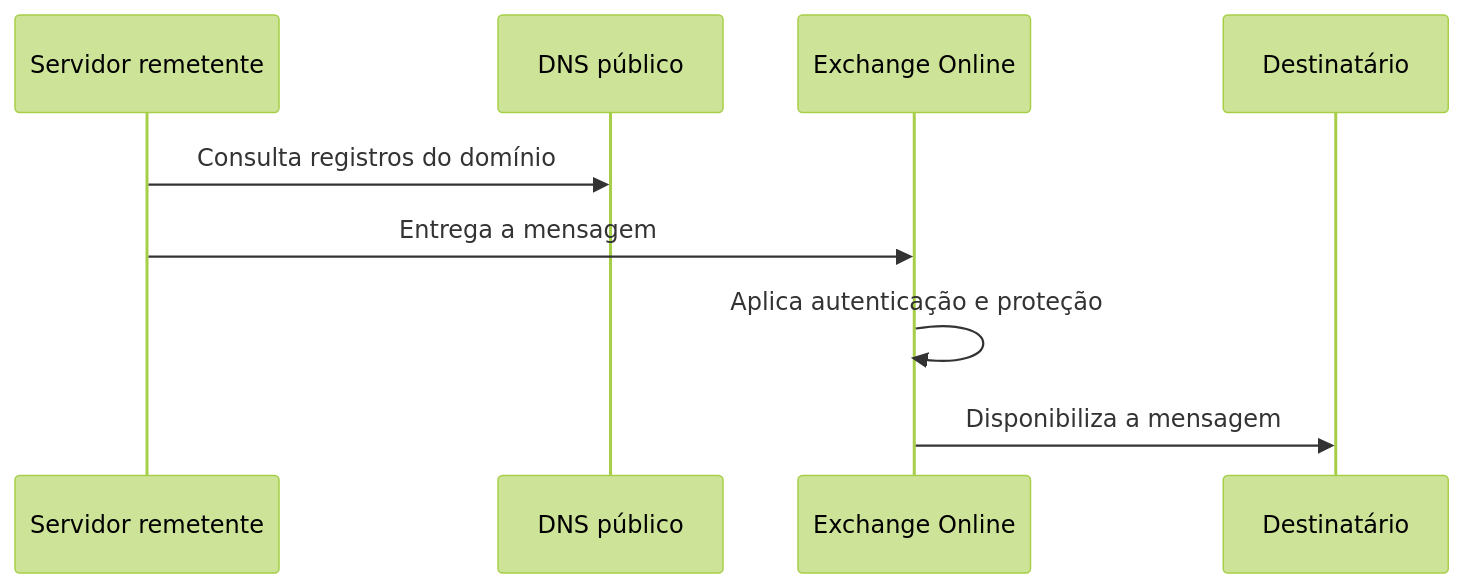
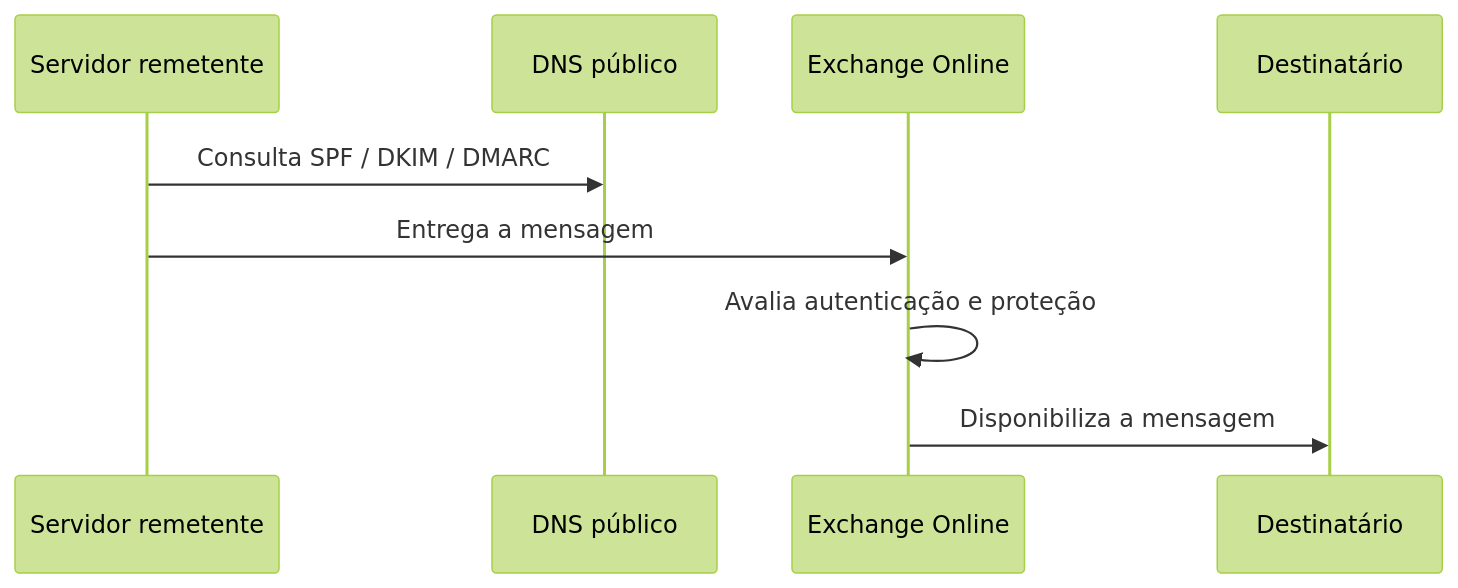
The diagram in docs/08-seguranca-de-email.md (GabrielCerqm/ANMC-M365-implantation), drawn with Mermaid (forest theme) before and after one commit. The commit also changed other lines of this file, not shown here.

Commit message:
docs: add email security evidence for DNS DKIM and DMARC

````diff
--- a/docs/08-seguranca-de-email.md
+++ b/docs/08-seguranca-de-email.md
@@ -20,12 +42,12 @@
 ```mermaid
 sequenceDiagram
     participant S as Servidor remetente
     participant D as DNS público
     participant E as Exchange Online
     participant R as Destinatário
 
-    S->>D: Consulta registros do domínio
+    S->>D: Consulta SPF / DKIM / DMARC
     S->>E: Entrega a mensagem
-    E->>E: Aplica autenticação e proteção
+    E->>E: Avalia autenticação e proteção
     E->>R: Disponibiliza a mensagem
 ```
````
